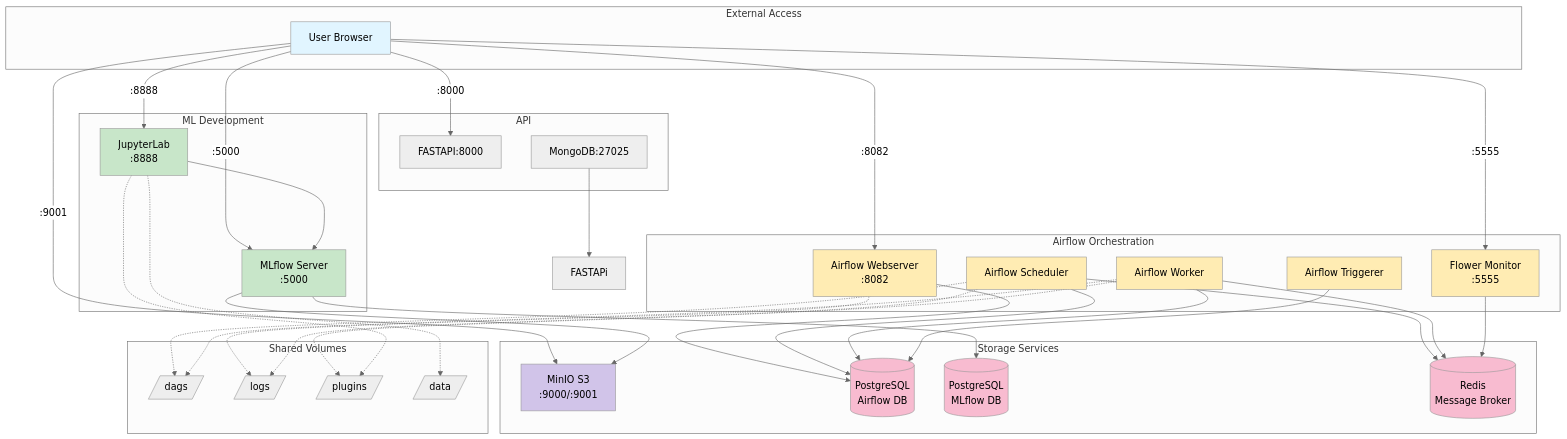
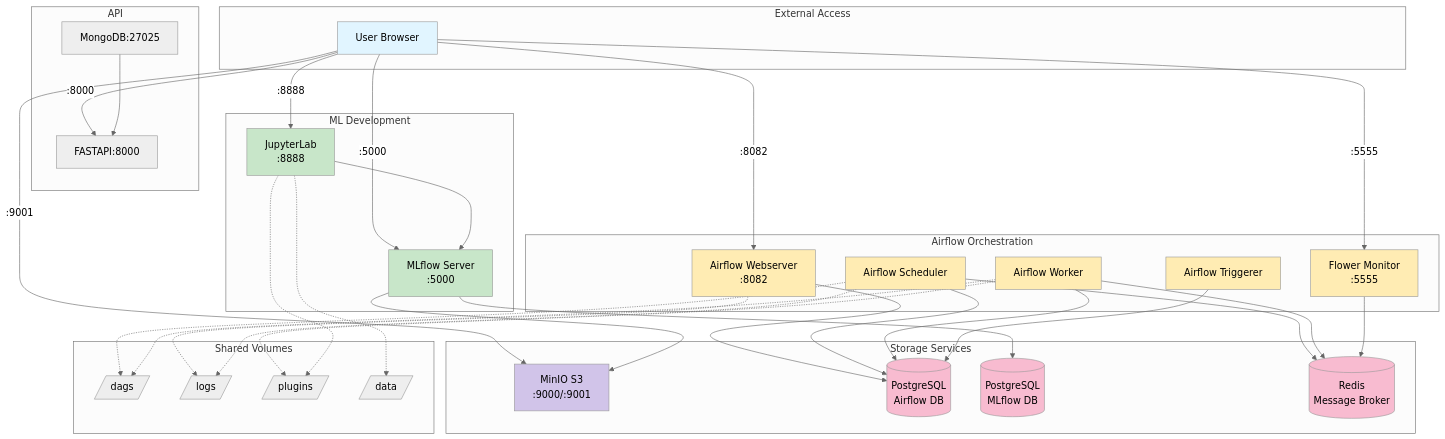
One commit to franck-roussel/MLops_Multiclass_Rakuten changed the diagram in README.md. Above: the diagram before and after it, drawn with Mermaid (neutral theme). The commit also changed other lines of this file, not shown here.

Commit message:
Update README with MLOps environment details

````diff
--- a/README.md
+++ b/README.md
@@ -7,80 +7,80 @@
 ```mermaid
 graph TB
     subgraph "External Access"
         USER[User Browser]
     end
 
     subgraph "API"
         FASTAPI[FASTAPI:8000]
         MongoDB[MongoDB:27025]
     end
 
     subgraph "Airflow Orchestration"
         WEBSERVER[Airflow Webserver<br/>:8082]
         SCHEDULER[Airflow Scheduler]
         WORKER[Airflow Worker]
         TRIGGERER[Airflow Triggerer]
         FLOWER[Flower Monitor<br/>:5555]
     end
 
     subgraph "ML Development"
         JUPYTER[JupyterLab<br/>:8888]
         MLFLOW[MLflow Server<br/>:5000]
     end
     
     subgraph "Storage Services"
         MINIO[MinIO S3<br/>:9000/:9001]
         POSTGRES_AF[(PostgreSQL<br/>Airflow DB)]
         POSTGRES_ML[(PostgreSQL<br/>MLflow DB)]
         REDIS[(Redis<br/>Message Broker)]
     end
     
     subgraph "Shared Volumes"
         DAGS[/dags/]
         LOGS[/logs/]
         PLUGINS[/plugins/]
         DATA[/data/]
     end
 
     USER -->|:8000| FASTAPI
     USER -->|:8082| WEBSERVER
     USER -->|:8888| JUPYTER
     USER -->|:5000| MLFLOW
     USER -->|:9001| MINIO
     USER -->|:5555| FLOWER
     
     
     WEBSERVER --> POSTGRES_AF
     SCHEDULER --> POSTGRES_AF
     SCHEDULER --> REDIS
     WORKER --> REDIS
     WORKER --> POSTGRES_AF
     TRIGGERER --> POSTGRES_AF
     FLOWER --> REDIS
-    MongoDB --> FASTAPi 
+    MongoDB --> FASTAPI 
     
     MLFLOW --> POSTGRES_ML
     MLFLOW --> MINIO
     JUPYTER --> MLFLOW
     
     SCHEDULER -.-> DAGS
     WORKER -.-> DAGS
     WORKER -.-> PLUGINS
     WEBSERVER -.-> LOGS
     SCHEDULER -.-> LOGS
     JUPYTER -.-> DATA
     JUPYTER -.-> PLUGINS
     
     style USER fill:#e1f5ff
     style WEBSERVER fill:#ffecb3
     style SCHEDULER fill:#ffecb3
     style WORKER fill:#ffecb3
     style TRIGGERER fill:#ffecb3
     style FLOWER fill:#ffecb3
     style JUPYTER fill:#c8e6c9
     style MLFLOW fill:#c8e6c9
     style POSTGRES_AF fill:#f8bbd0
     style POSTGRES_ML fill:#f8bbd0
     style REDIS fill:#f8bbd0
     style MINIO fill:#d1c4e9
 ```
````
